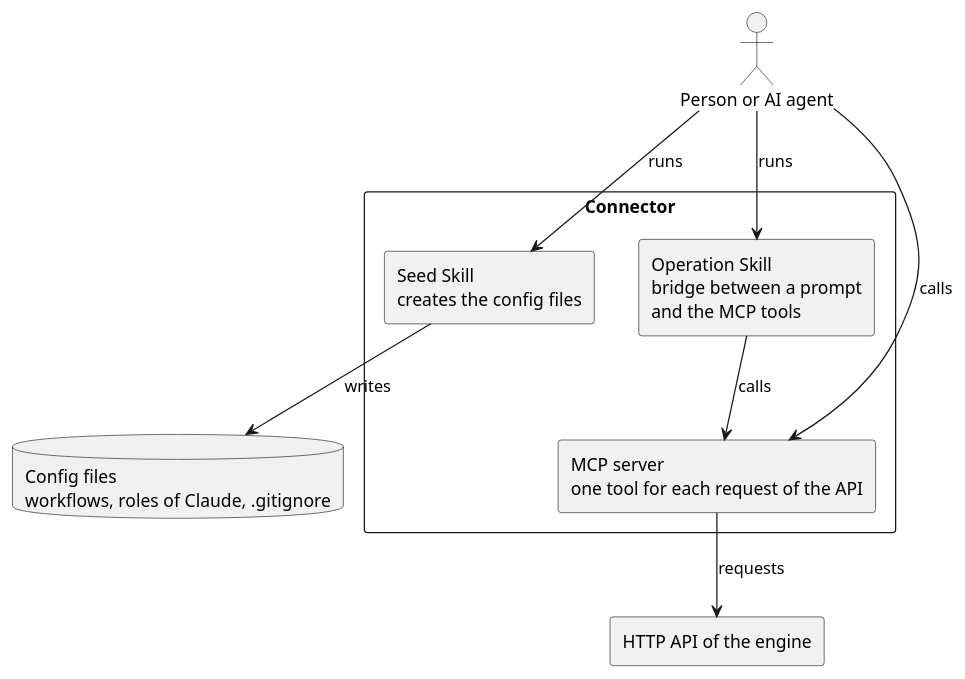
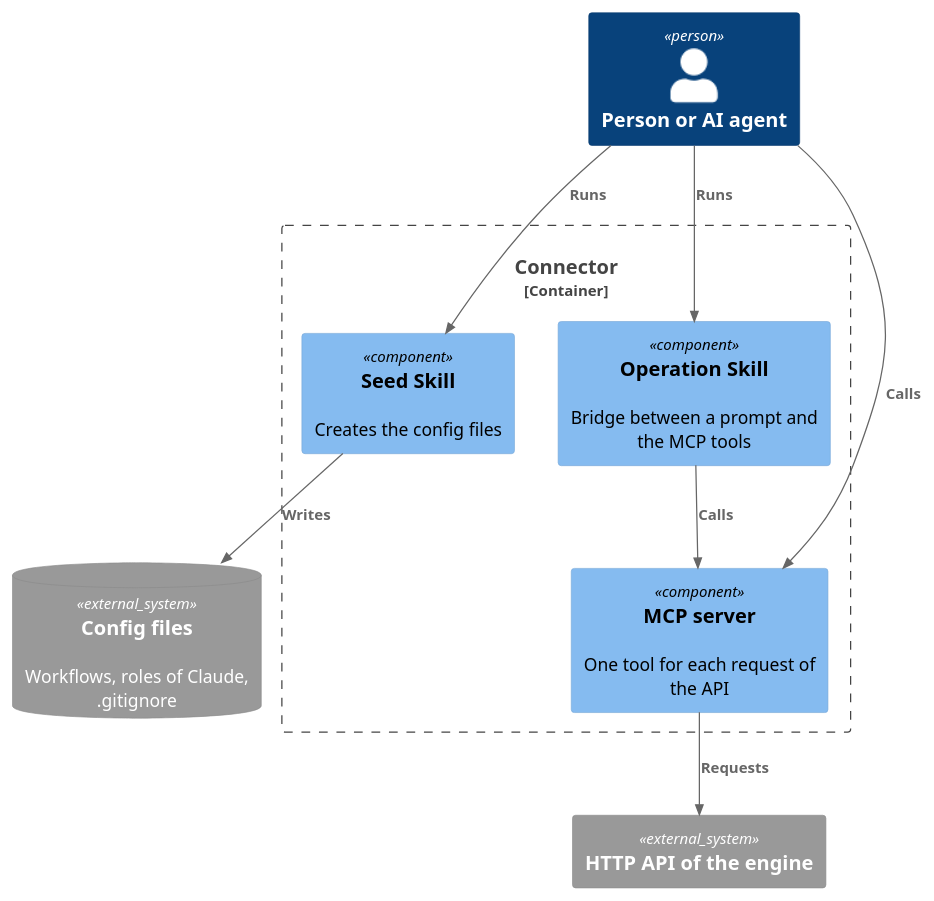
Before and after one commit to longlh/superteam: the diagram in docs/05_building-blocks/connector/connector.md, drawn with PlantUML. The commit also changed 5 other files, not shown here.

First line of the commit message:
Use the C4-PlantUML library for the context, container and component diagrams

````diff
--- a/docs/05_building-blocks/connector/connector.md
+++ b/docs/05_building-blocks/connector/connector.md
@@ -12,21 +12,22 @@
 ```plantuml
 @startuml
-actor "Person or AI agent" as person
+!include <C4/C4_Component>
 
-rectangle "Connector" as connector {
-  rectangle "Seed Skill\ncreates the config files" as seed
-  rectangle "Operation Skill\nbridge between a prompt\nand the MCP tools" as operation
-  rectangle "MCP server\none tool for each request of the API" as mcp
+Person(person, "Person or AI agent", "")
+SystemDb_Ext(config, "Config files", "Workflows, roles of Claude, .gitignore")
+System_Ext(api, "HTTP API of the engine", "")
+
+Container_Boundary(connector, "Connector") {
+  Component(seed, "Seed Skill", "", "Creates the config files")
+  Component(operation, "Operation Skill", "", "Bridge between a prompt and the MCP tools")
+  Component(mcp, "MCP server", "", "One tool for each request of the API")
 }
 
-database "Config files\nworkflows, roles of Claude, .gitignore" as config
-rectangle "HTTP API of the engine" as api
-
-person --> seed : runs
-person --> operation : runs
-person --> mcp : calls
-seed --> config : writes
-operation --> mcp : calls
-mcp --> api : requests
+Rel(person, seed, "Runs")
+Rel(person, operation, "Runs")
+Rel(person, mcp, "Calls")
+Rel(seed, config, "Writes")
+Rel(operation, mcp, "Calls")
+Rel(mcp, api, "Requests")
 @enduml
 ```
````
